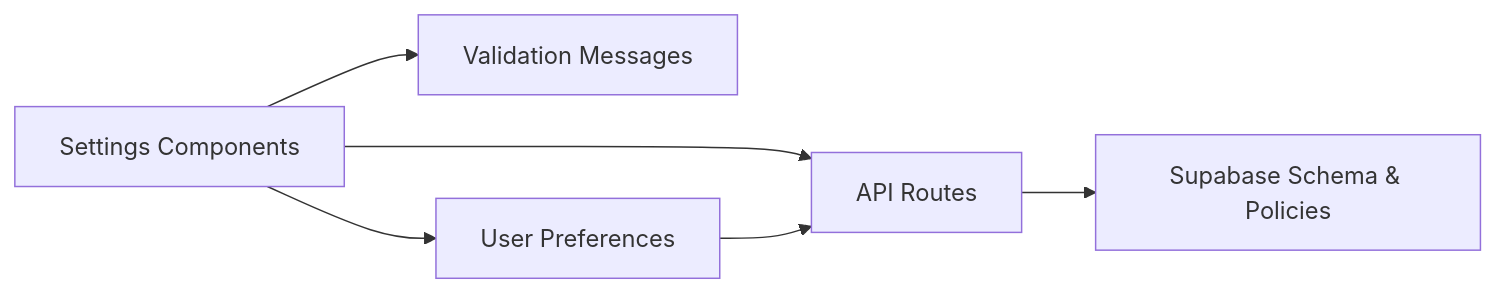
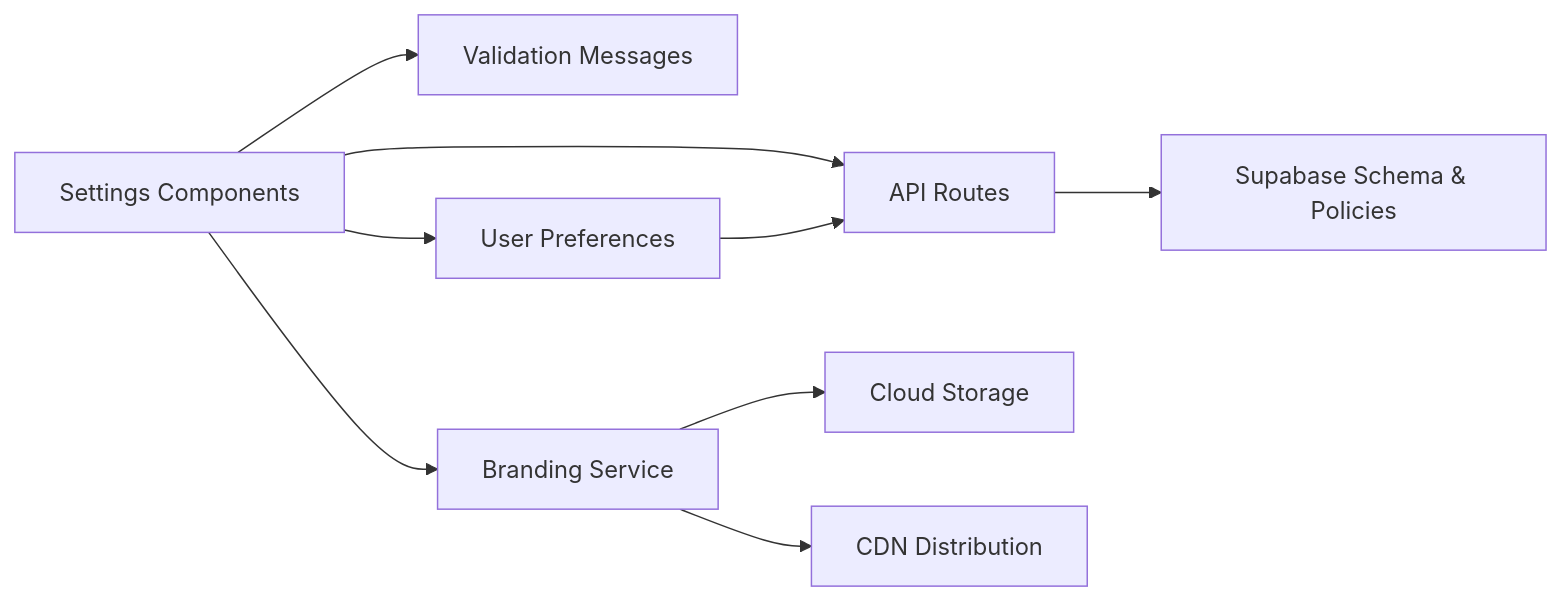
Before and after one commit to EdwinCycling/LiquidHR: the third of 4 diagrams in .qoder/repowiki/en/content/Administration/Settings Management.md, drawn with Mermaid. The commit also changed other lines of this file and 73 other files, not shown here.

````diff
--- a/.qoder/repowiki/en/content/Administration/Settings Management.md
+++ b/.qoder/repowiki/en/content/Administration/Settings Management.md
@@ -442,8 +508,11 @@
 ```mermaid
 graph LR
 Comp["Settings Components"] --> API["API Routes"]
 API --> DB["Supabase Schema & Policies"]
 Comp --> Msg["Validation Messages"]
 Comp --> Pref["User Preferences"]
 Pref --> API
+Comp --> Brand["Branding Service"]
+Brand --> Storage["Cloud Storage"]
+Brand --> CDN["CDN Distribution"]
 ```
````
